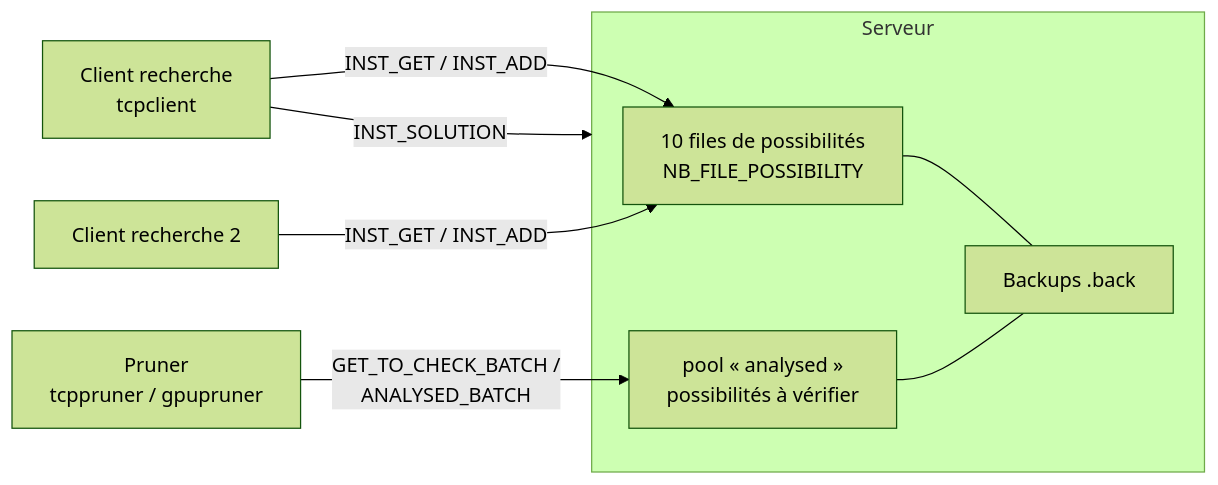
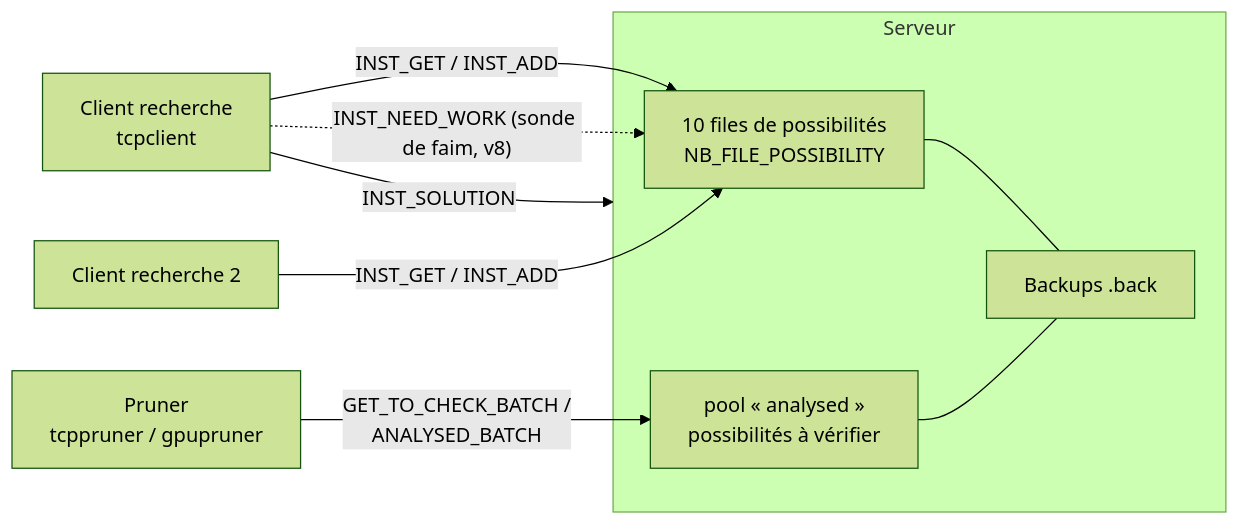
The first of 5 diagrams in docs/echanges_client_serveur.md (xaviergriffon/eternityII), drawn with Mermaid (forest theme) before and after one commit. The commit also changed other lines of this file and 1 other file, not shown here.

Commit message:
doc: échanges client/serveur et autosearch_step à jour du protocole v8 (INST_NEED_WORK, délégation anticipée, delegate_buf)

````diff
--- a/docs/echanges_client_serveur.md
+++ b/docs/echanges_client_serveur.md
@@ -22,14 +22,15 @@
 ```mermaid
 flowchart LR
     subgraph Serveur
         Q[10 files de possibilités<br/>NB_FILE_POSSIBILITY]
         A[pool « analysed »<br/>possibilités à vérifier]
         B[Backups .back]
         Q --- B
         A --- B
     end
     C1[Client recherche<br/>tcpclient] -- "INST_GET / INST_ADD" --> Q
+    C1 -. "INST_NEED_WORK (sonde de faim, v8)" .-> Q
     C2[Client recherche 2] -- "INST_GET / INST_ADD" --> Q
     P[Pruner<br/>tcppruner / gpupruner] -- "GET_TO_CHECK_BATCH /<br/>ANALYSED_BATCH" --> A
     C1 -- "INST_SOLUTION" --> Serveur
 ```
````
